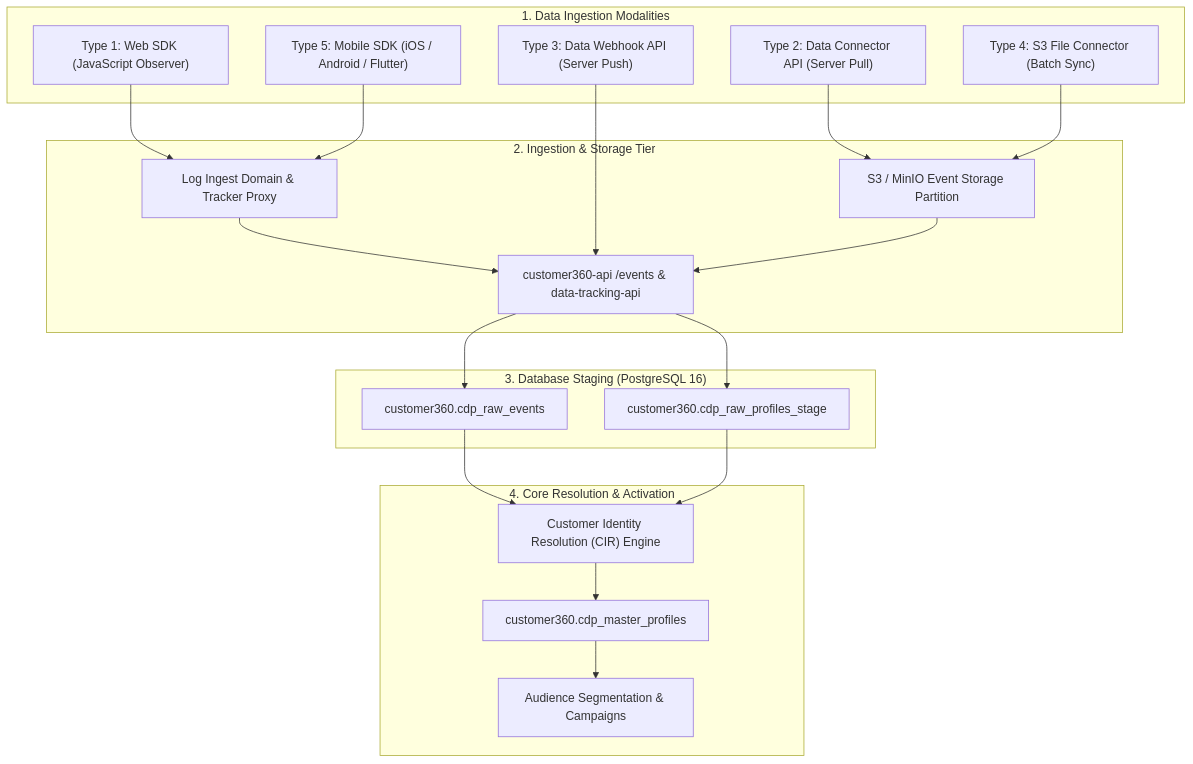
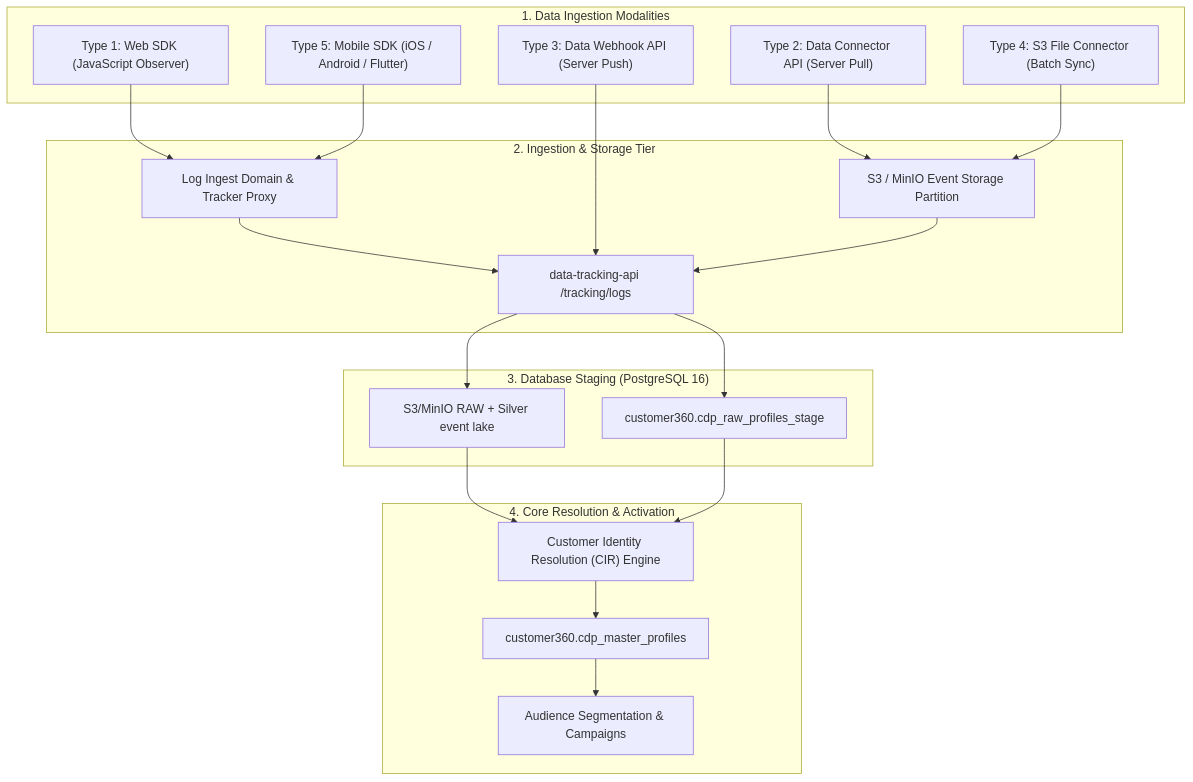
One commit to LEO-CDP/leo-customer360 changed the diagram in docs/data-sources/data-source-types.md. Above: the diagram before and after it, drawn with Mermaid. The commit also changed 25 other files, not shown here.

````diff
--- a/docs/data-sources/data-source-types.md
+++ b/docs/data-sources/data-source-types.md
@@ -7,41 +7,41 @@
 ```mermaid
 flowchart TD
     subgraph Collection["1. Data Ingestion Modalities"]
         T1["Type 1: Web SDK (JavaScript Observer)"]
         T2["Type 2: Data Connector API (Server Pull)"]
         T3["Type 3: Data Webhook API (Server Push)"]
         T4["Type 4: S3 File Connector (Batch Sync)"]
         T5["Type 5: Mobile SDK (iOS / Android / Flutter)"]
     end
 
     subgraph IngestionTier["2. Ingestion & Storage Tier"]
         LOG["Log Ingest Domain & Tracker Proxy"]
-        API["customer360-api /events & data-tracking-api"]
+        API["data-tracking-api /tracking/logs"]
         S3["S3 / MinIO Event Storage Partition"]
     end
 
     subgraph Staging["3. Database Staging (PostgreSQL 16)"]
-        RAW_EVT["customer360.cdp_raw_events"]
+        RAW_EVT["S3/MinIO RAW + Silver event lake"]
         RAW_PRF["customer360.cdp_raw_profiles_stage"]
     end
 
     subgraph CoreCDP["4. Core Resolution & Activation"]
         CIR["Customer Identity Resolution (CIR) Engine"]
         MP["customer360.cdp_master_profiles"]
         SEG["Audience Segmentation & Campaigns"]
     end
 
     T1 --> LOG
     T5 --> LOG
     LOG --> API
     T3 --> API
     T2 --> S3
     T4 --> S3
     S3 --> API
     API --> RAW_EVT
     API --> RAW_PRF
     RAW_EVT --> CIR
     RAW_PRF --> CIR
     CIR --> MP
     MP --> SEG
 ```
````
